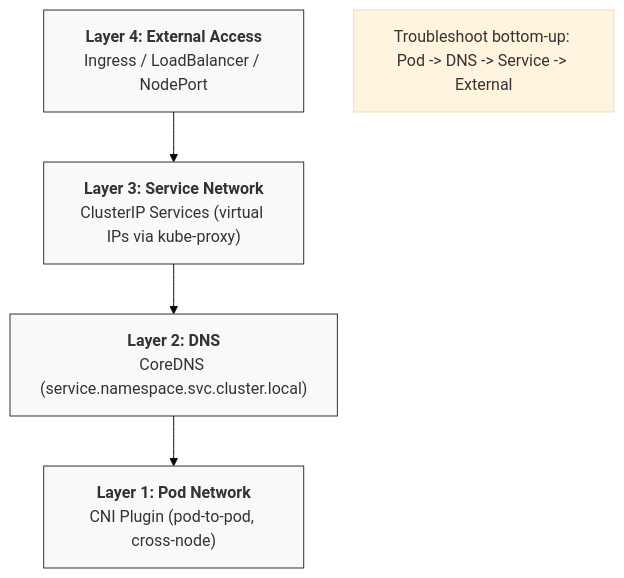
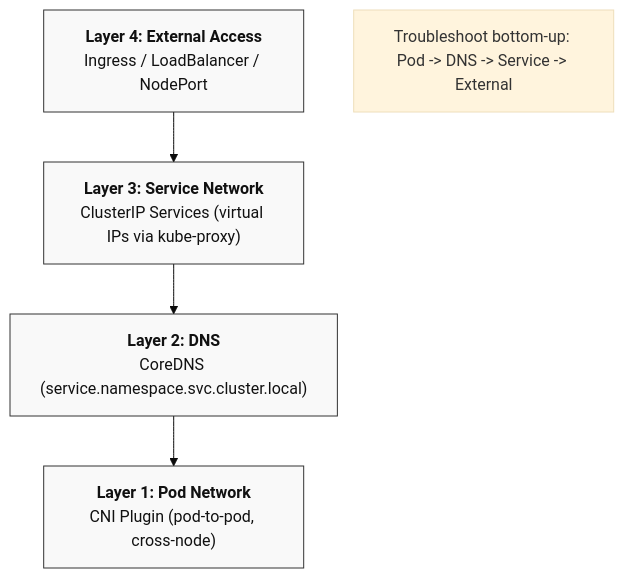
Before and after one commit to kube-dojo/kube-dojo.github.io: the first of 6 diagrams in src/content/docs/k8s/cka/part5-troubleshooting/module-5.5-networking.md, drawn with Mermaid (base theme). The commit also changed other lines of this file and 16 other files, not shown here.

Commit message:
fix(content): complete English diagram foregrounds (#3446)

````diff
--- a/src/content/docs/k8s/cka/part5-troubleshooting/module-5.5-networking.md
+++ b/src/content/docs/k8s/cka/part5-troubleshooting/module-5.5-networking.md
@@ -60,18 +60,18 @@
 ```mermaid
 flowchart TD
     L4["<b>Layer 4: External Access</b><br>Ingress / LoadBalancer / NodePort"]
     L3["<b>Layer 3: Service Network</b><br>ClusterIP Services (virtual IPs via kube-proxy)"]
     L2["<b>Layer 2: DNS</b><br>CoreDNS (service.namespace.svc.cluster.local)"]
     L1["<b>Layer 1: Pod Network</b><br>CNI Plugin (pod-to-pod, cross-node)"]
     
     L4 --> L3
     L3 --> L2
     L2 --> L1
     
-    style L4 fill:#f9f9f9,stroke:#333,stroke-width:1px
-    style L3 fill:#f9f9f9,stroke:#333,stroke-width:1px
-    style L2 fill:#f9f9f9,stroke:#333,stroke-width:1px
-    style L1 fill:#f9f9f9,stroke:#333,stroke-width:1px
+    style L4 fill:#f9f9f9,stroke:#333,stroke-width:1px,color:#111
+    style L3 fill:#f9f9f9,stroke:#333,stroke-width:1px,color:#111
+    style L2 fill:#f9f9f9,stroke:#333,stroke-width:1px,color:#111
+    style L1 fill:#f9f9f9,stroke:#333,stroke-width:1px,color:#111
     
     Note["Troubleshoot bottom-up: Pod -> DNS -> Service -> External"]
 ```
````
